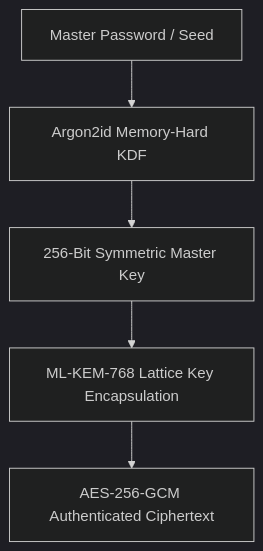
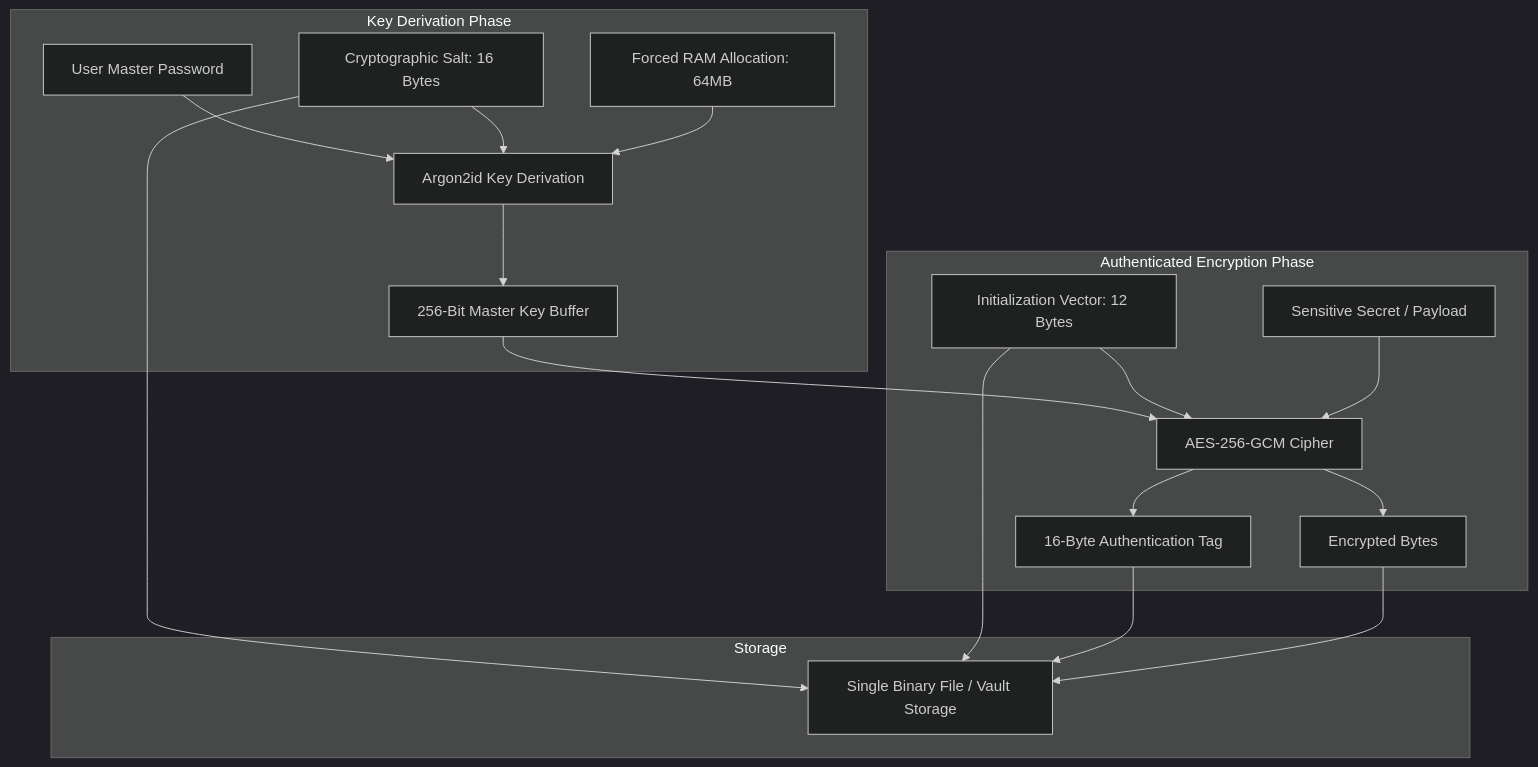
The diagram in docs/engineering-principles/02-privacy-by-design-and-zero-trust-cryptography/post-quantum-and-airgap-standards.md (MasterZ1311/Dev-AURA), drawn with Mermaid (dark theme) before and after one commit. The commit also changed other lines of this file and 21 other files, not shown here.

````diff
--- a/docs/engineering-principles/02-privacy-by-design-and-zero-trust-cryptography/post-quantum-and-airgap-standards.md
+++ b/docs/engineering-principles/02-privacy-by-design-and-zero-trust-cryptography/post-quantum-and-airgap-standards.md
@@ -9,7 +35,24 @@
 ```mermaid
 graph TD
-    UserSecret[Master Password / Seed] --> KDF[Argon2id Memory-Hard KDF]
-    KDF --> Key[256-Bit Symmetric Master Key]
-    Key --> PQC[ML-KEM-768 Lattice Key Encapsulation]
-    PQC --> EncryptedData[AES-256-GCM Authenticated Ciphertext]
+    subgraph Key Derivation Phase
+        Pass[User Master Password] --> Argon[Argon2id Key Derivation]
+        Salt[Cryptographic Salt: 16 Bytes] --> Argon
+        RAM[Forced RAM Allocation: 64MB] --> Argon
+        Argon --> Key[256-Bit Master Key Buffer]
+    end
+
+    subgraph Authenticated Encryption Phase
+        Key --> Cipher[AES-256-GCM Cipher]
+        IV[Initialization Vector: 12 Bytes] --> Cipher
+        Plaintext[Sensitive Secret / Payload] --> Cipher
+        Cipher --> Ciphertext[Encrypted Bytes]
+        Cipher --> AuthTag[16-Byte Authentication Tag]
+    end
+
+    subgraph Storage
+        Salt --> PackedVault[Single Binary File / Vault Storage]
+        IV --> PackedVault
+        AuthTag --> PackedVault
+        Ciphertext --> PackedVault
+    end
 ```
````
